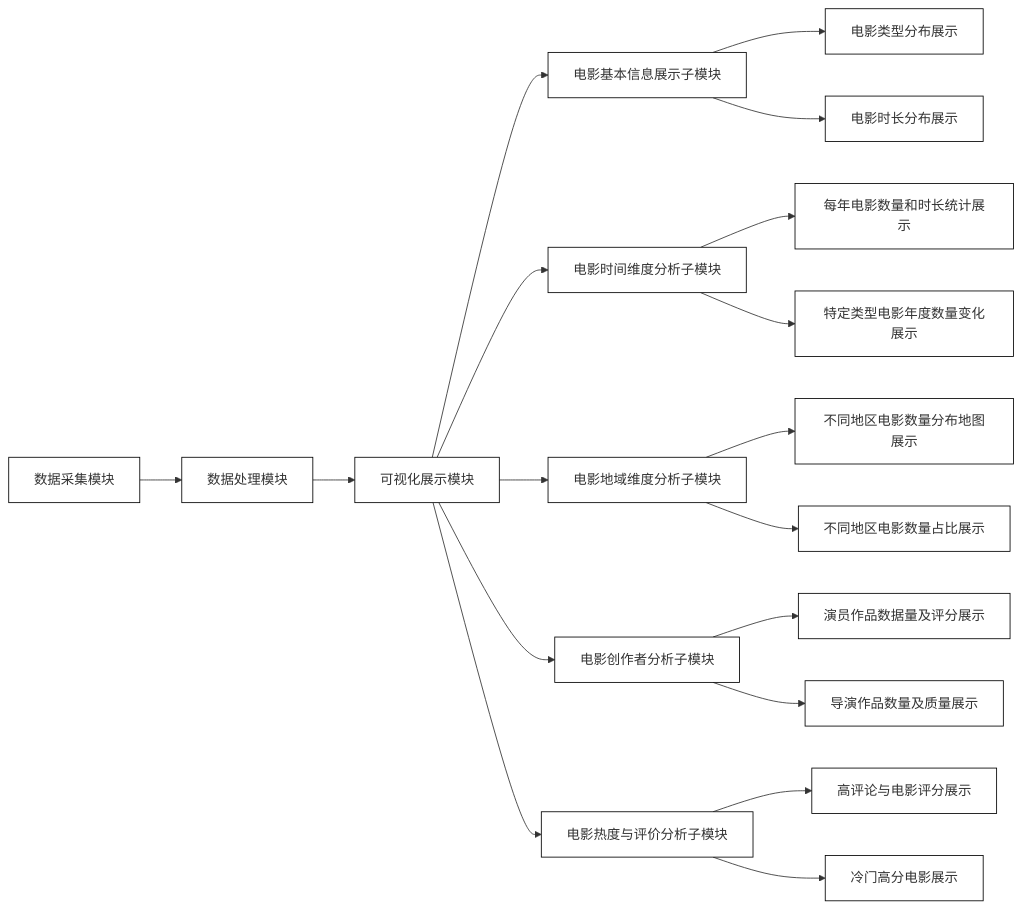
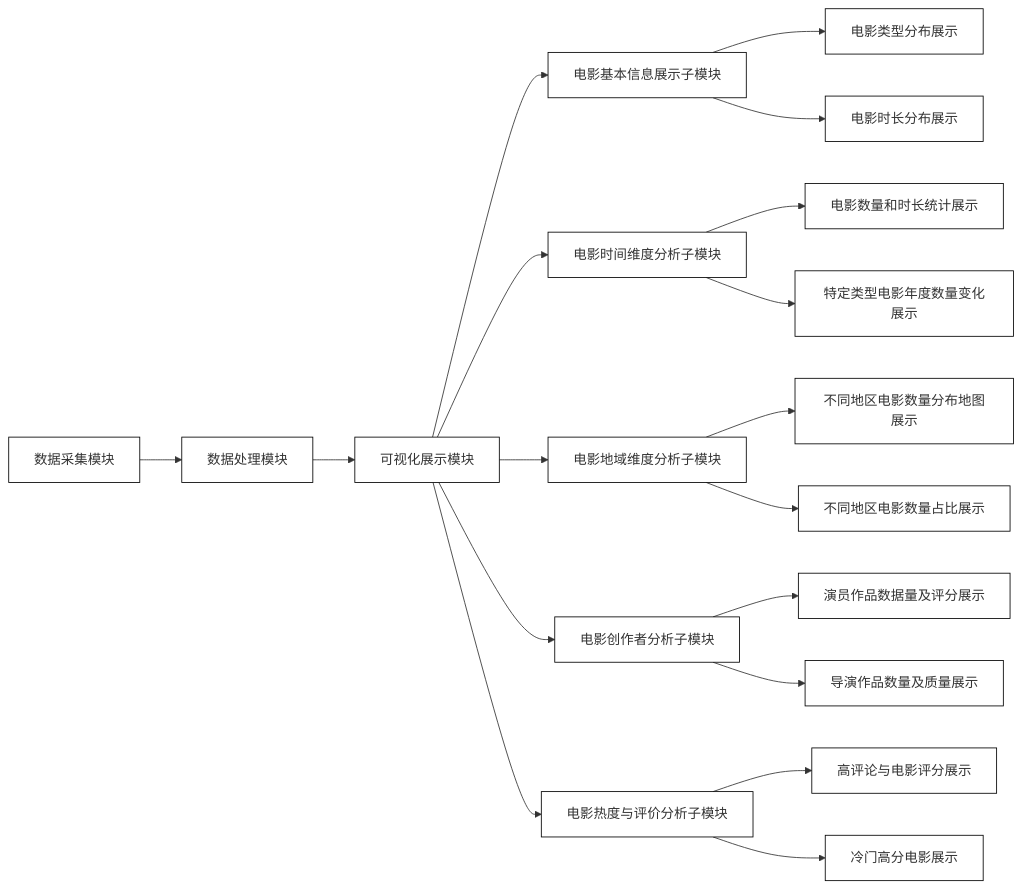
Before and after one commit to MP2333/iodraw-files: the diagram in all/未命名.md, drawn with Mermaid.

Commit message:
2025-05-27 23:23:52 update

````diff
--- a/all/未命名.md
+++ b/all/未命名.md
@@ -1,23 +1,23 @@
 ```mermaid
 graph LR
 A[数据采集模块] --> B[数据处理模块]
 B --> C[可视化展示模块]
 C --> D1[电影基本信息展示子模块]
 C --> D2[电影时间维度分析子模块]
 C --> D3[电影地域维度分析子模块]
 C --> D4[电影创作者分析子模块]
 C --> D5[电影热度与评价分析子模块]
 D1 --> E1[电影类型分布展示]
 D1 --> E2[电影时长分布展示]
-D2 --> E3[每年电影数量和时长统计展示]
+D2 --> E3[电影数量和时长统计展示]
 D2 --> E4[特定类型电影年度数量变化展示]
 D3 --> E5[不同地区电影数量分布地图展示]
 D3 --> E6[不同地区电影数量占比展示]
 D4 --> E7[演员作品数据量及评分展示]
 D4 --> E8[导演作品数量及质量展示]
 D5 --> E9[高评论与电影评分展示]
 D5 --> E10[冷门高分电影展示]
 
 classDef default fill:#FFFFFF,stroke:#000000,stroke-width:1px
 class A,B,C,D1,D2,D3,D4,D5,E1,E2,E3,E4,E5,E6,E7,E8,E9,E10 default
 ```
````
